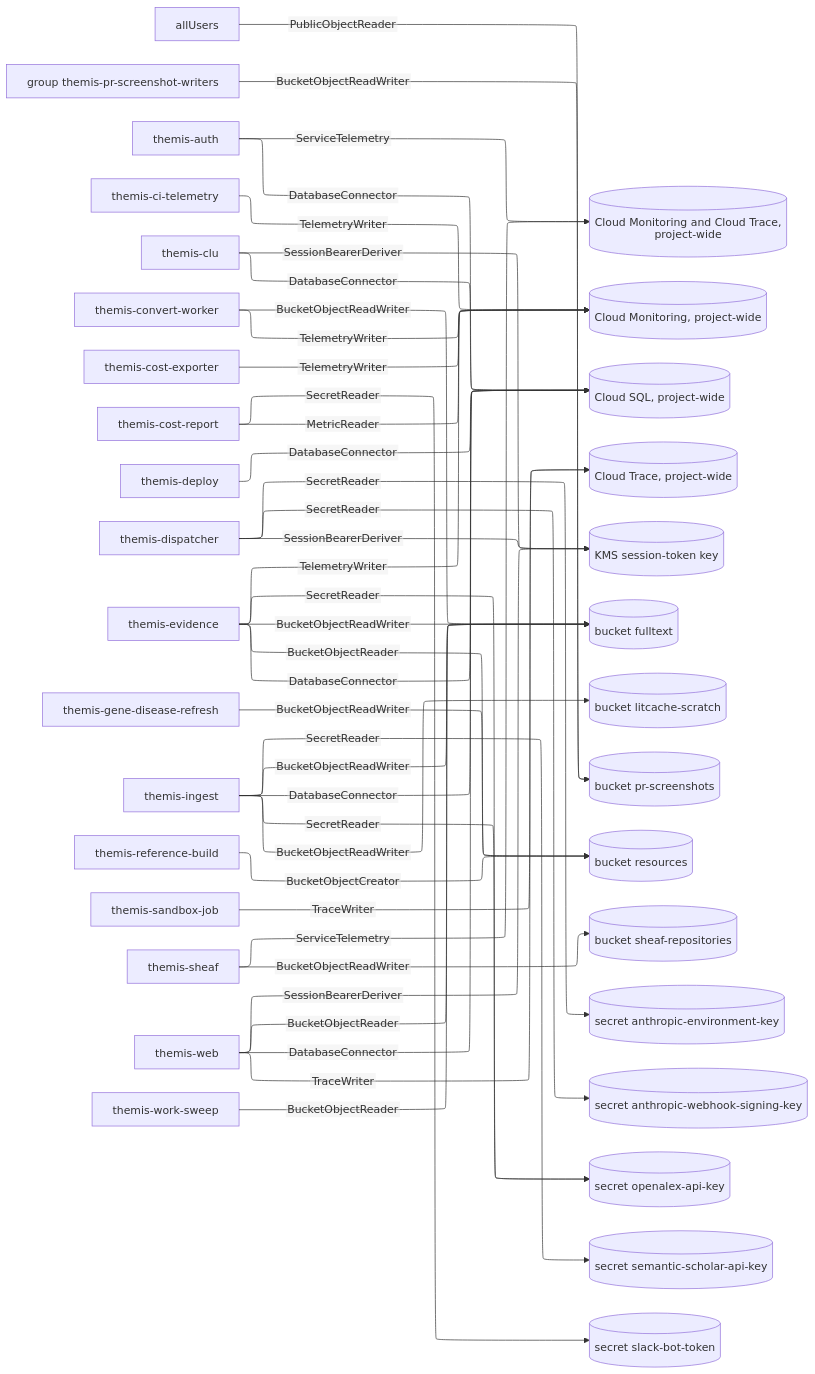
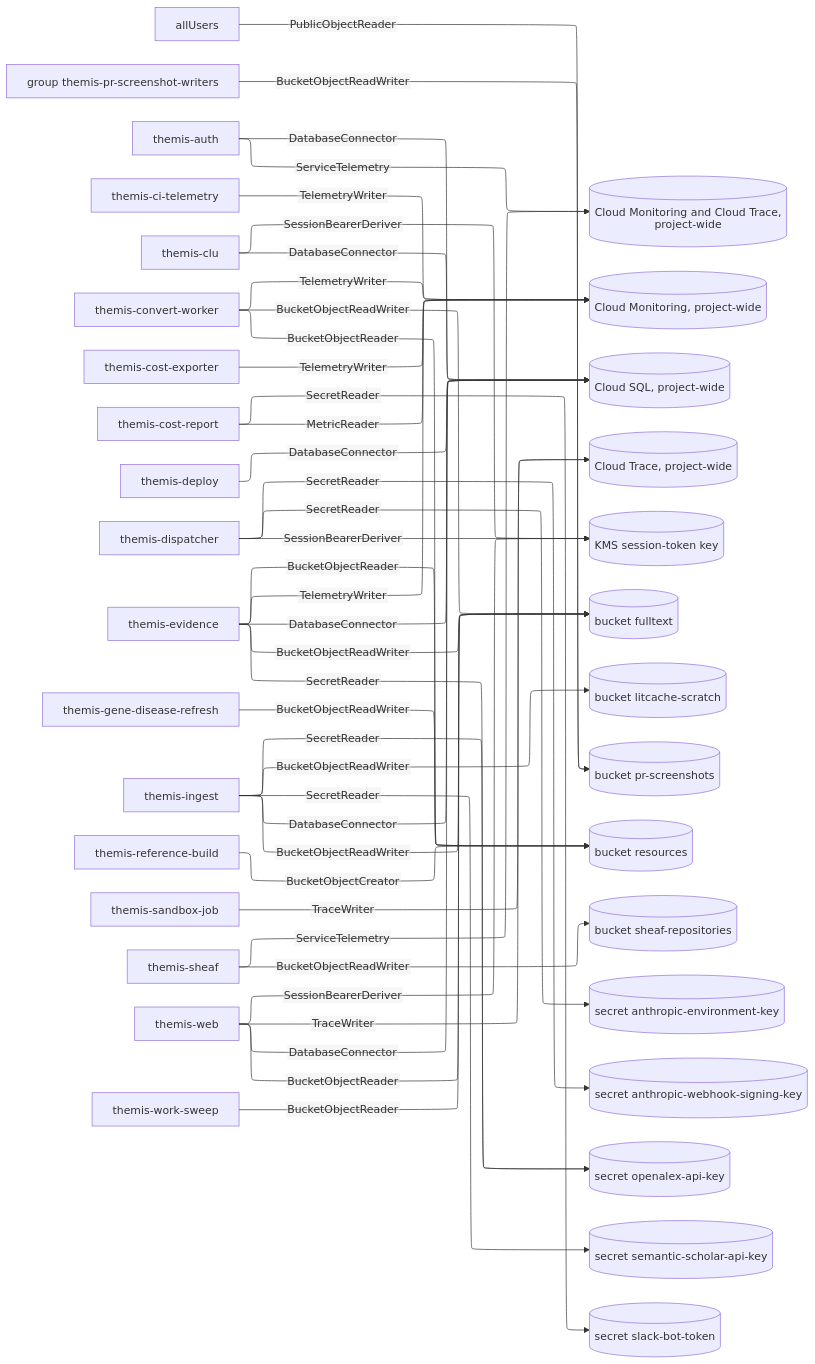
The diagram in docs/design/grants/data.mmd (populationgenomics/themis), drawn with Mermaid before and after one commit. The commit also changed 3 other files, not shown here.

```diff
--- a/docs/design/grants/data.mmd
+++ b/docs/design/grants/data.mmd
@@ -1,71 +1,72 @@
 %%{init: {"layout": "elk", "elk": {"mergeEdges": true, "nodePlacementStrategy": "NETWORK_SIMPLEX"}, "htmlLabels": false, "flowchart": {"htmlLabels": false, "wrappingWidth": 320}}}%%
 flowchart LR
     n0["allUsers"]
     n1["group themis-pr-screenshot-writers"]
     n2["themis-auth"]
     n3["themis-ci-telemetry"]
     n4["themis-clu"]
     n5["themis-convert-worker"]
     n6["themis-cost-exporter"]
     n7["themis-cost-report"]
     n8["themis-deploy"]
     n9["themis-dispatcher"]
     n10["themis-evidence"]
     n11["themis-gene-disease-refresh"]
     n12["themis-ingest"]
     n13["themis-reference-build"]
     n14["themis-sandbox-job"]
     n15["themis-sheaf"]
     n16["themis-web"]
     n17["themis-work-sweep"]
     n18[("Cloud Monitoring and Cloud Trace, project-wide")]
     n19[("Cloud Monitoring, project-wide")]
     n20[("Cloud SQL, project-wide")]
     n21[("Cloud Trace, project-wide")]
     n22[("KMS session-token key")]
     n23[("bucket fulltext")]
     n24[("bucket litcache-scratch")]
     n25[("bucket pr-screenshots")]
     n26[("bucket resources")]
     n27[("bucket sheaf-repositories")]
     n28[("secret anthropic-environment-key")]
     n29[("secret anthropic-webhook-signing-key")]
     n30[("secret openalex-api-key")]
     n31[("secret semantic-scholar-api-key")]
     n32[("secret slack-bot-token")]
     n0 -->|PublicObjectReader| n25
     n1 -->|BucketObjectReadWriter| n25
     n2 -->|DatabaseConnector| n20
     n2 -->|ServiceTelemetry| n18
     n3 -->|TelemetryWriter| n19
     n4 -->|DatabaseConnector| n20
     n4 -->|SessionBearerDeriver| n22
     n5 -->|BucketObjectReadWriter| n23
+    n5 -->|BucketObjectReader| n26
     n5 -->|TelemetryWriter| n19
     n6 -->|TelemetryWriter| n19
     n7 -->|MetricReader| n19
     n7 -->|SecretReader| n32
     n8 -->|DatabaseConnector| n20
     n9 -->|SecretReader| n28
     n9 -->|SecretReader| n29
     n9 -->|SessionBearerDeriver| n22
     n10 -->|BucketObjectReadWriter| n23
     n10 -->|BucketObjectReader| n26
     n10 -->|DatabaseConnector| n20
     n10 -->|SecretReader| n30
     n10 -->|TelemetryWriter| n19
     n11 -->|BucketObjectReadWriter| n26
     n12 -->|BucketObjectReadWriter| n23
     n12 -->|BucketObjectReadWriter| n24
     n12 -->|DatabaseConnector| n20
     n12 -->|SecretReader| n30
     n12 -->|SecretReader| n31
     n13 -->|BucketObjectCreator| n26
     n14 -->|TraceWriter| n21
     n15 -->|BucketObjectReadWriter| n27
     n15 -->|ServiceTelemetry| n18
     n16 -->|BucketObjectReader| n23
     n16 -->|DatabaseConnector| n20
     n16 -->|SessionBearerDeriver| n22
     n16 -->|TraceWriter| n21
     n17 -->|BucketObjectReader| n23
```
